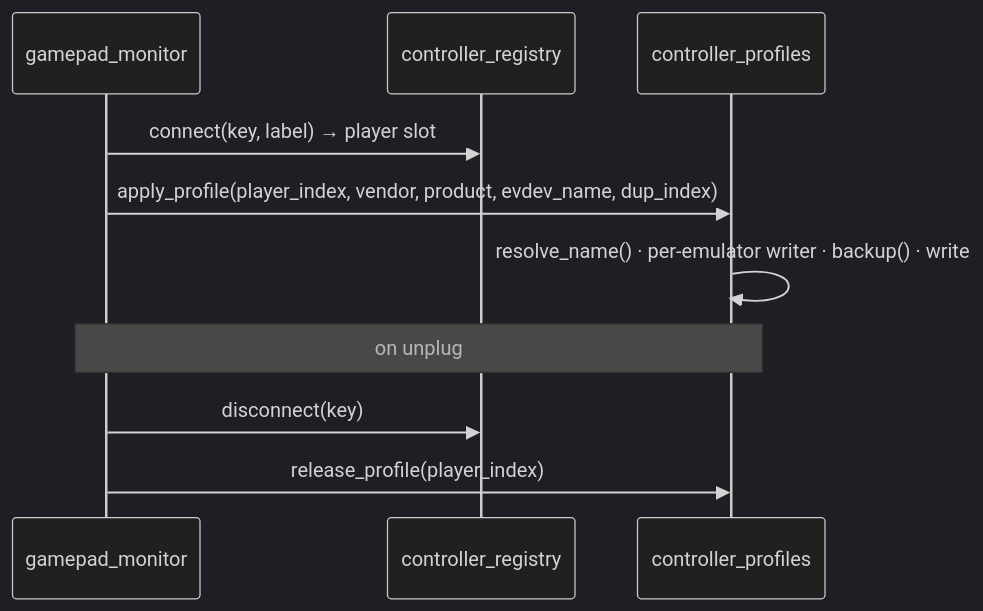
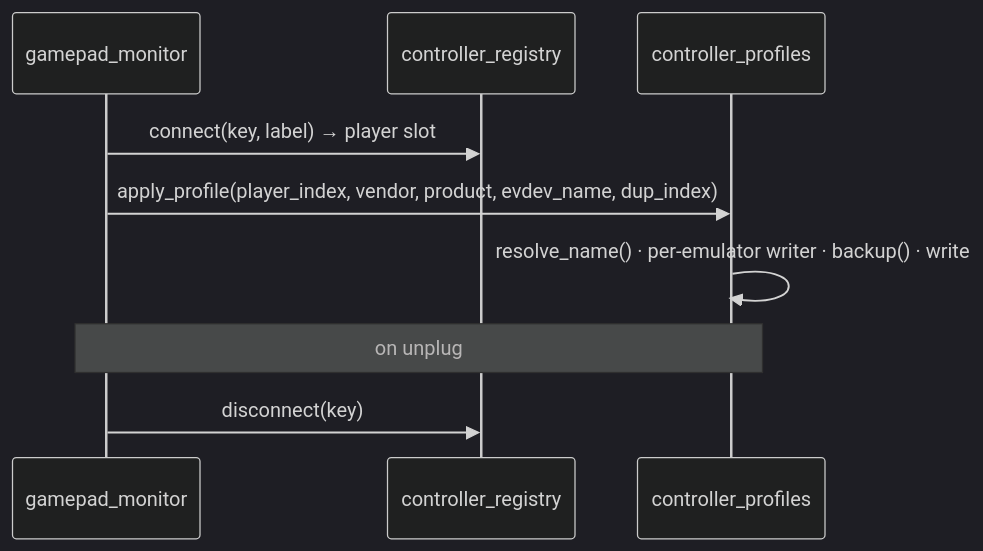
The second of 2 diagrams in docs/architecture/08-controller-pipeline.md (p4v1c/GamecoreRenew), drawn with Mermaid (dark theme) before and after one commit. The commit also changed other lines of this file and 3 other files, not shown here.

````diff
--- a/docs/architecture/08-controller-pipeline.md
+++ b/docs/architecture/08-controller-pipeline.md
@@ -99,13 +99,12 @@
 ```mermaid
 sequenceDiagram
     participant gm as gamepad_monitor
     participant reg as controller_registry
     participant cp as controller_profiles
 
     gm->>reg: connect(key, label) → player slot
     gm->>cp: apply_profile(player_index, vendor, product, evdev_name, dup_index)
     cp->>cp: resolve_name() · per-emulator writer · backup() · write
     Note over gm,cp: on unplug
     gm->>reg: disconnect(key)
-    gm->>cp: release_profile(player_index)
 ```
````
